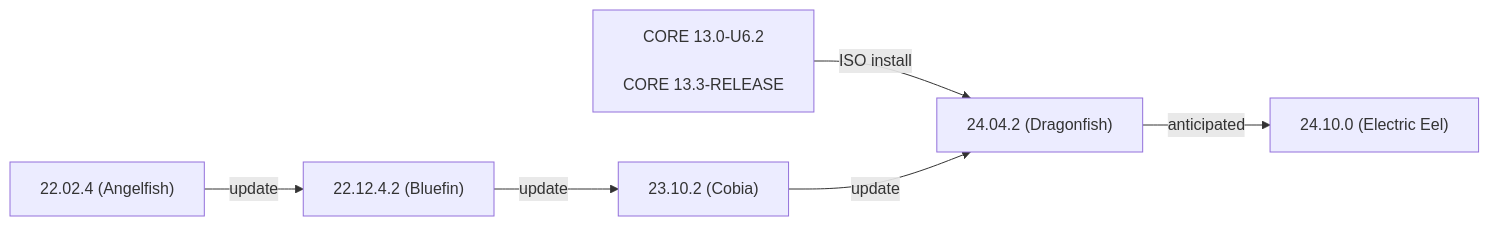
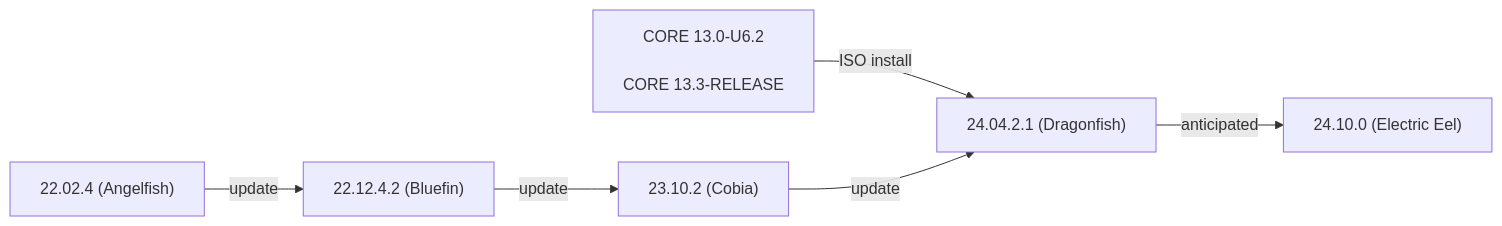
The first of 2 diagrams in static/includes/SCALEUpgradePaths.md (truenas/documentation), drawn with Mermaid before and after one commit. The commit also changed other lines of this file and 2 other files, not shown here.

Commit message:
PD-1418 24.04.2.1 Hot Patch Updates

```diff
--- a/static/includes/SCALEUpgradePaths.md
+++ b/static/includes/SCALEUpgradePaths.md
@@ -49,9 +49,9 @@
           {{< mermaid class="mermaid_sizing" >}}
           flowchart LR
             A["22.02.4 (Angelfish)"] -->|update| C
             B["CORE 13.0-U6.2<br><br>CORE 13.3-RELEASE"] -->|ISO install| E
             C["22.12.4.2 (Bluefin)"] -->|update| D
             D["23.10.2 (Cobia)"] -->|update| E
-            E["24.04.2 (Dragonfish)"] -->|anticipated| H
+            E["24.04.2.1 (Dragonfish)"] -->|anticipated| H
             H["24.10.0 (Electric Eel)"]
           {{< /mermaid >}}
```
